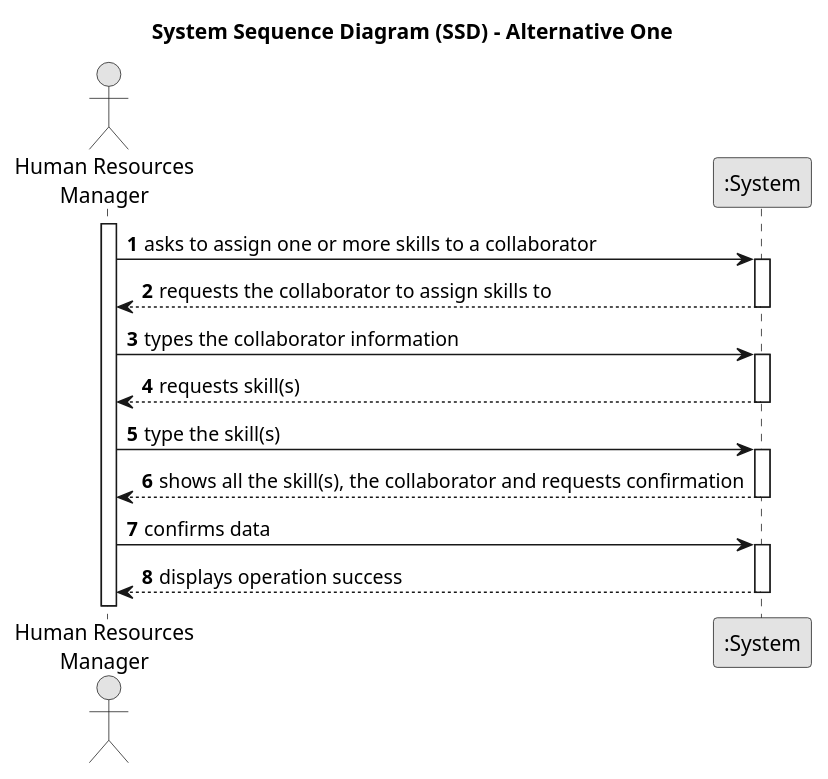
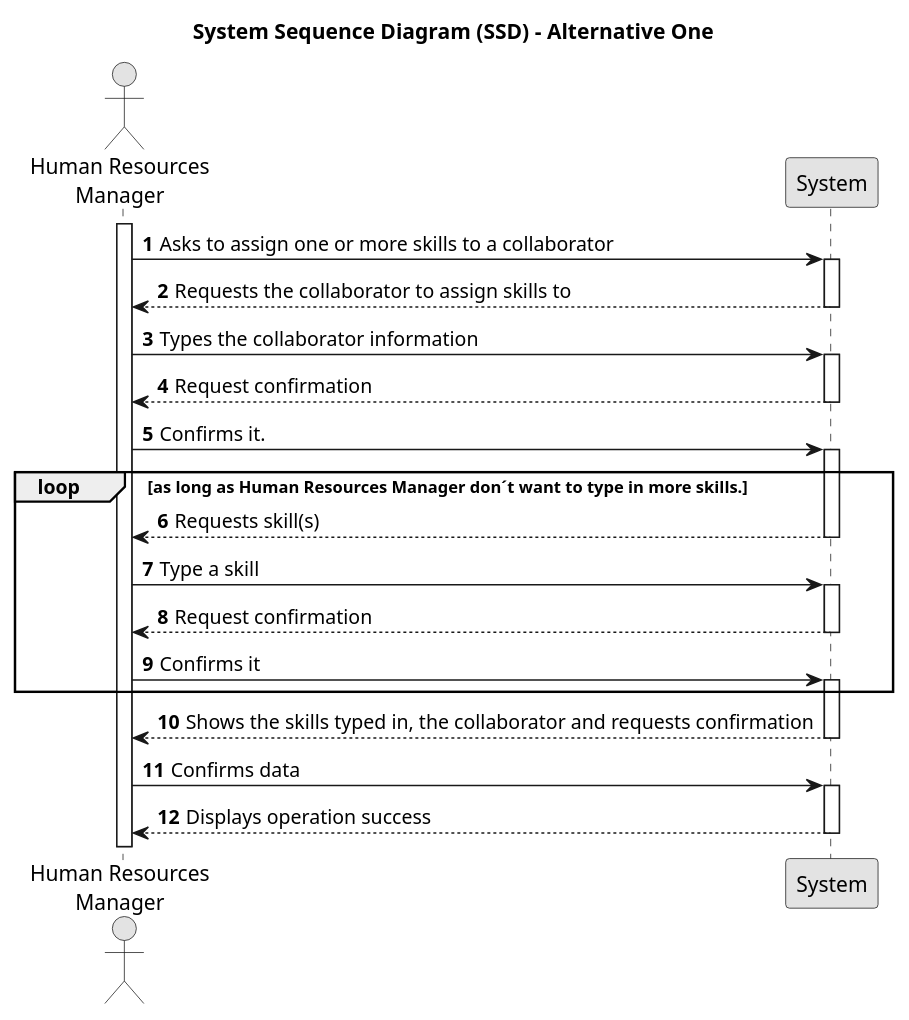
One commit to 1231360-ISEP/lei-24-s2-1db-g021 changed the diagram in docs/sprintA/us004/01.requirements-engineering/puml/us004-system-sequence-diagram-alternative-one.puml. Above: the diagram before and after it, drawn with PlantUML. The commit also changed 1 other file, not shown here.

```diff
--- a/docs/sprintA/us004/01.requirements-engineering/puml/us004-system-sequence-diagram-alternative-one.puml
+++ b/docs/sprintA/us004/01.requirements-engineering/puml/us004-system-sequence-diagram-alternative-one.puml
@@ -1,39 +1,48 @@
 @startuml
 skinparam monochrome true
 skinparam packageStyle rectangle
 skinparam shadowing false
 
 title System Sequence Diagram (SSD) - Alternative One
 
 autonumber
 
 actor "Human Resources\nManager" as Employee
-participant ":System" as System
+participant "System" as System
 
 activate Employee
 
-    Employee -> System : asks to assign one or more skills to a collaborator
+    Employee -> System : Asks to assign one or more skills to a collaborator
     activate System
 
-        System --> Employee : requests the collaborator to assign skills to
+        System --> Employee : Requests the collaborator to assign skills to
     deactivate System
 
-    Employee -> System : types the collaborator information
+    Employee -> System : Types the collaborator information
     activate System
 
-        System --> Employee : requests skill(s)
+            System --> Employee : Request confirmation
     deactivate System
 
-    Employee -> System : type the skill(s)
+    Employee -> System : Confirms it.
+    loop as long as Human Resources Manager don´t want to type in more skills.
+        activate System
+        System --> Employee : Requests skill(s)
+        deactivate System
+        Employee -> System : Type a skill
+        activate System
+        System --> Employee : Request confirmation
+        deactivate System
+        Employee -> System : Confirms it
+        activate System
+    end
+        System --> Employee : Shows the skills typed in, the collaborator and requests confirmation
+    deactivate System
+
+    Employee -> System : Confirms data
     activate System
 
-        System --> Employee : shows all the skill(s), the collaborator and requests confirmation
-    deactivate System
-
-    Employee -> System : confirms data
-    activate System
-
-        System --> Employee : displays operation success
+        System --> Employee : Displays operation success
     deactivate System
 
 @enduml
```
